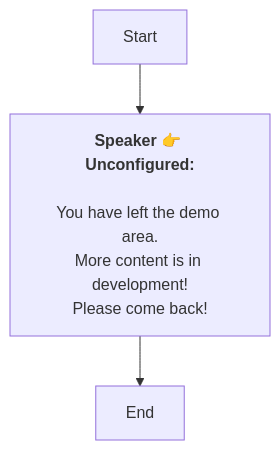
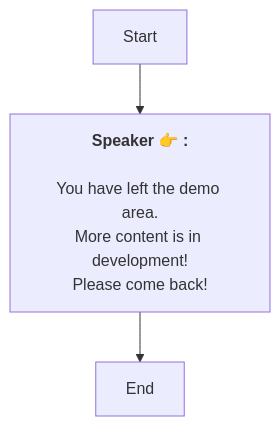
Before and after one commit to SoftHu/tos_avg: the diagram in En/DemoTips.md, drawn with Mermaid. The commit also changed 737 other files, not shown here.

````diff
--- a/En/DemoTips.md
+++ b/En/DemoTips.md
@@ -1,10 +1,9 @@
 ```mermaid
 graph
-Start -->1731547103633499[<b>Speaker 👉 Unconfigured:</b>
-
-You have left the demo area.
+Start -->1731547103633499[<b>Speaker 👉 :</b>
+\nYou have left the demo area.
 More content is in development!
 Please come back!]
 1731547103633499 -->1731547111659612[End]
 
- ```
+```
````
